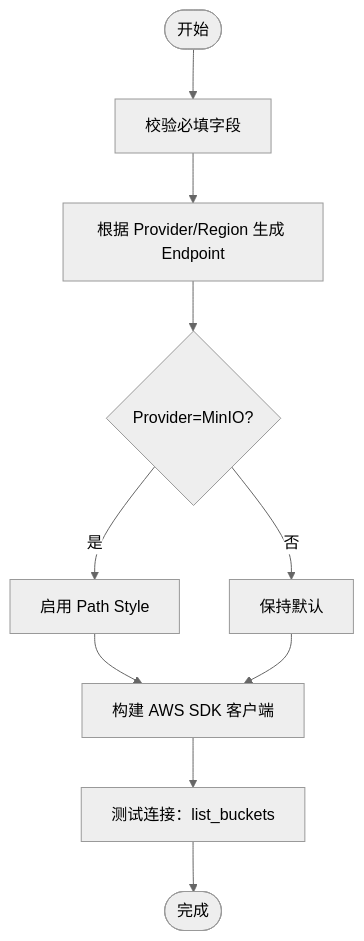
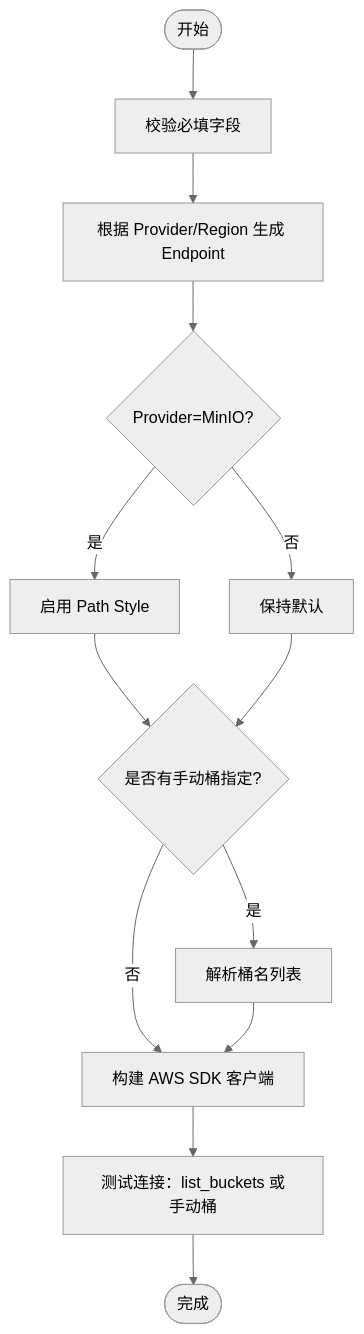
The third of 10 diagrams in .qoder/repowiki/zh/content/核心插件/S3 浏览器插件.md (DumKing/DevNexus), drawn with Mermaid (neutral theme) before and after one commit. The commit also changed other lines of this file and 80 other files, not shown here.

````diff
--- a/.qoder/repowiki/zh/content/核心插件/S3 浏览器插件.md
+++ b/.qoder/repowiki/zh/content/核心插件/S3 浏览器插件.md
@@ -125,12 +141,15 @@
 ```mermaid
 flowchart TD
 Start(["开始"]) --> Validate["校验必填字段"]
 Validate --> BuildEndpoint["根据 Provider/Region 生成 Endpoint"]
 BuildEndpoint --> ForcePathStyle{"Provider=MinIO?"}
 ForcePathStyle --> |是| EnablePathStyle["启用 Path Style"]
 ForcePathStyle --> |否| SkipPathStyle["保持默认"]
-EnablePathStyle --> BuildClient["构建 AWS SDK 客户端"]
-SkipPathStyle --> BuildClient
-BuildClient --> Test["测试连接：list_buckets"]
+EnablePathStyle --> ManualBuckets{"是否有手动桶指定?"}
+SkipPathStyle --> ManualBuckets
+ManualBuckets --> |是| ParseBuckets["解析桶名列表"]
+ManualBuckets --> |否| BuildClient["构建 AWS SDK 客户端"]
+ParseBuckets --> BuildClient
+BuildClient --> Test["测试连接：list_buckets 或手动桶"]
 Test --> Done(["完成"])
 ```
````
